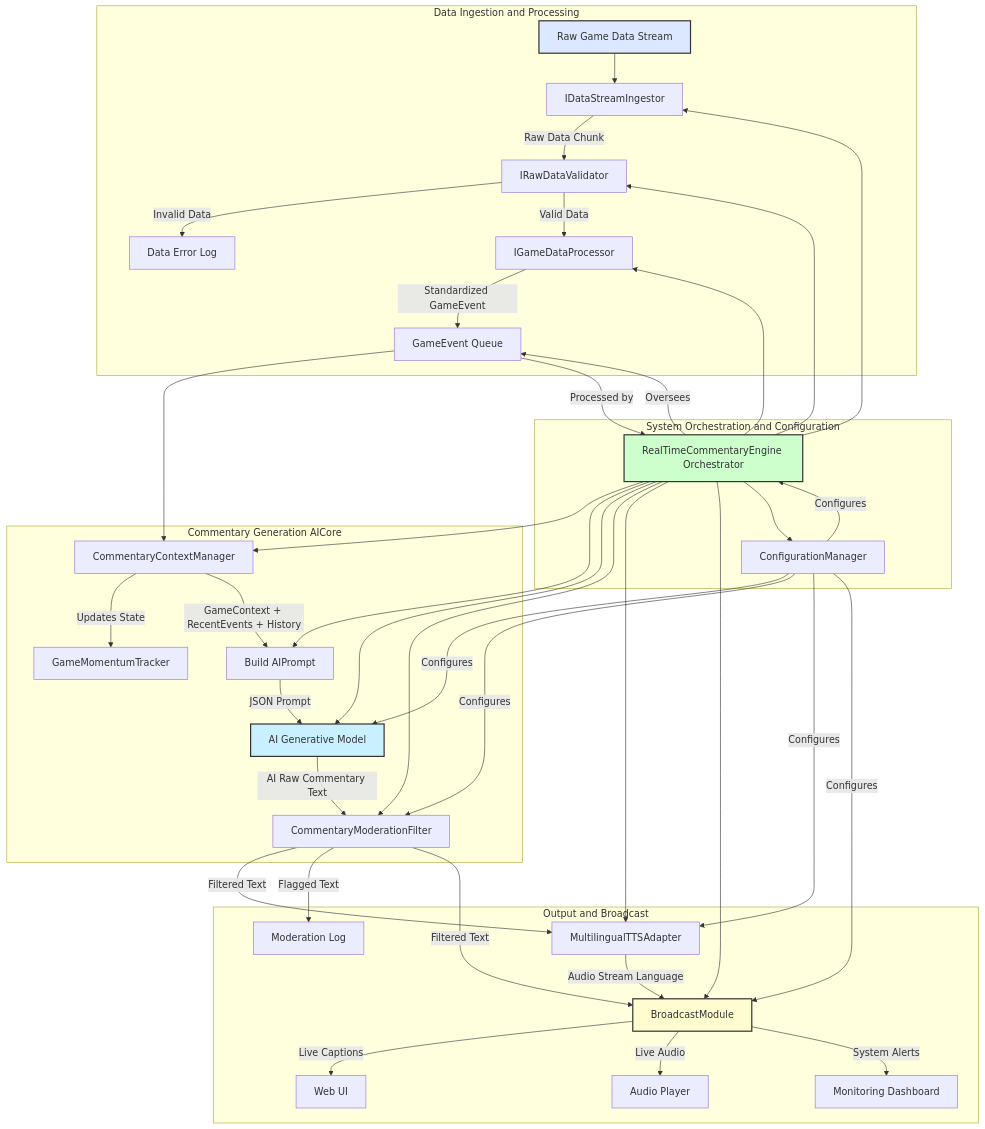
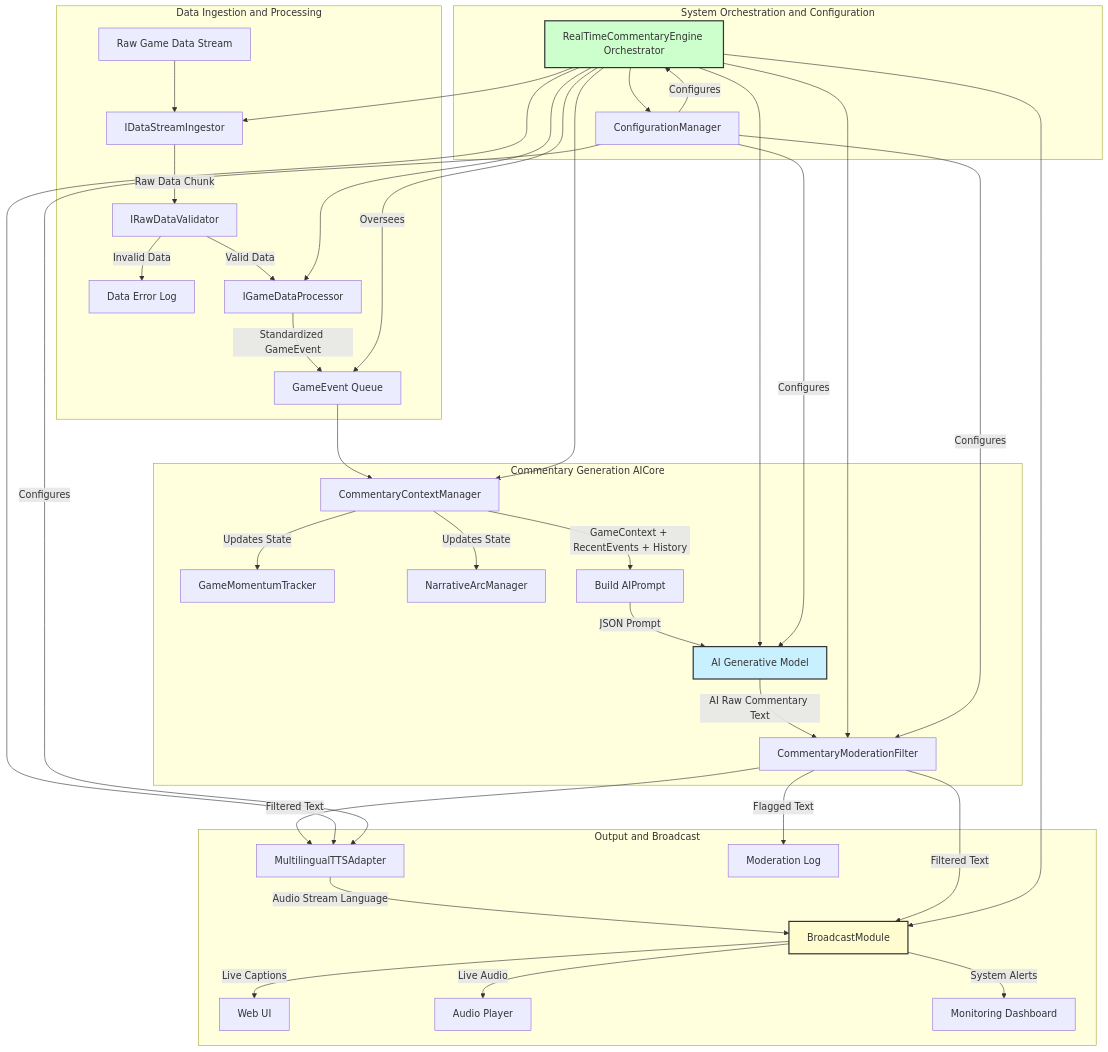
Before and after one commit to diplomat-bit/Citibank_Demo_Business_Inc_Demonstration-: the first of 10 diagrams in inventions/030_real_time_ai_sports_commentary.md, drawn with Mermaid. The commit also changed other lines of this file, not shown here.

Commit message:
[AI] Edit: inventions/030_real_time_ai_sports_commentary.md

````diff
--- a/inventions/030_real_time_ai_sports_commentary.md
+++ b/inventions/030_real_time_ai_sports_commentary.md
@@ -896,53 +903,40 @@
 ```mermaid
 graph TD
     subgraph Data Ingestion and Processing
         A[Raw Game Data Stream] --> B[IDataStreamIngestor]
         B -- Raw Data Chunk --> C[IRawDataValidator]
         C -- Invalid Data --> D[Data Error Log]
         C -- Valid Data --> E[IGameDataProcessor]
         E -- Standardized GameEvent --> F[GameEvent Queue]
     end
 
     subgraph Commentary Generation AICore
         F --> G[CommentaryContextManager]
         G -- Updates State --> H[GameMomentumTracker]
+        G -- Updates State --> H2[NarrativeArcManager]
         G -- GameContext + RecentEvents + History --> I[Build AIPrompt]
         I -- JSON Prompt --> J[AI Generative Model]
         J -- AI Raw Commentary Text --> K[CommentaryModerationFilter]
     end
 
     subgraph Output and Broadcast
         K -- Filtered Text --> L[MultilingualTTSAdapter]
         K -- Flagged Text --> M[Moderation Log]
         L -- Audio Stream Language --> N[BroadcastModule]
         K -- Filtered Text --> N
         N -- Live Captions --> O[Web UI]
         N -- Live Audio --> P[Audio Player]
         N -- System Alerts --> Q[Monitoring Dashboard]
     end
 
     subgraph System Orchestration and Configuration
-        R[RealTimeCommentaryEngine Orchestrator] --> B
-        R --> C
-        R --> E
-        R --> G
-        R --> I
-        R --> J
-        R --> K
-        R --> L
-        R --> N
+        R[RealTimeCommentaryEngine Orchestrator] --> B; R --> E; R --> G; R --> J; R --> K; R --> L; R --> N
         R --> S[ConfigurationManager]
-        S -- Configures --> R
-        S -- Configures --> J
-        S -- Configures --> K
-        S -- Configures --> L
-        S -- Configures --> N
+        S -- Configures --> R; S -- Configures --> J; S -- Configures --> K; S -- Configures --> L;
     end
 
     R -- Oversees --> F
-    F -- Processed by --> R
-    style A fill:#DCE8FF,stroke:#333,stroke-width:2px
     style J fill:#C9F0FF,stroke:#333,stroke-width:2px
     style N fill:#FFFDD0,stroke:#333,stroke-width:2px
     style R fill:#CCFFCC,stroke:#333,stroke-width:2px
 ```
````
